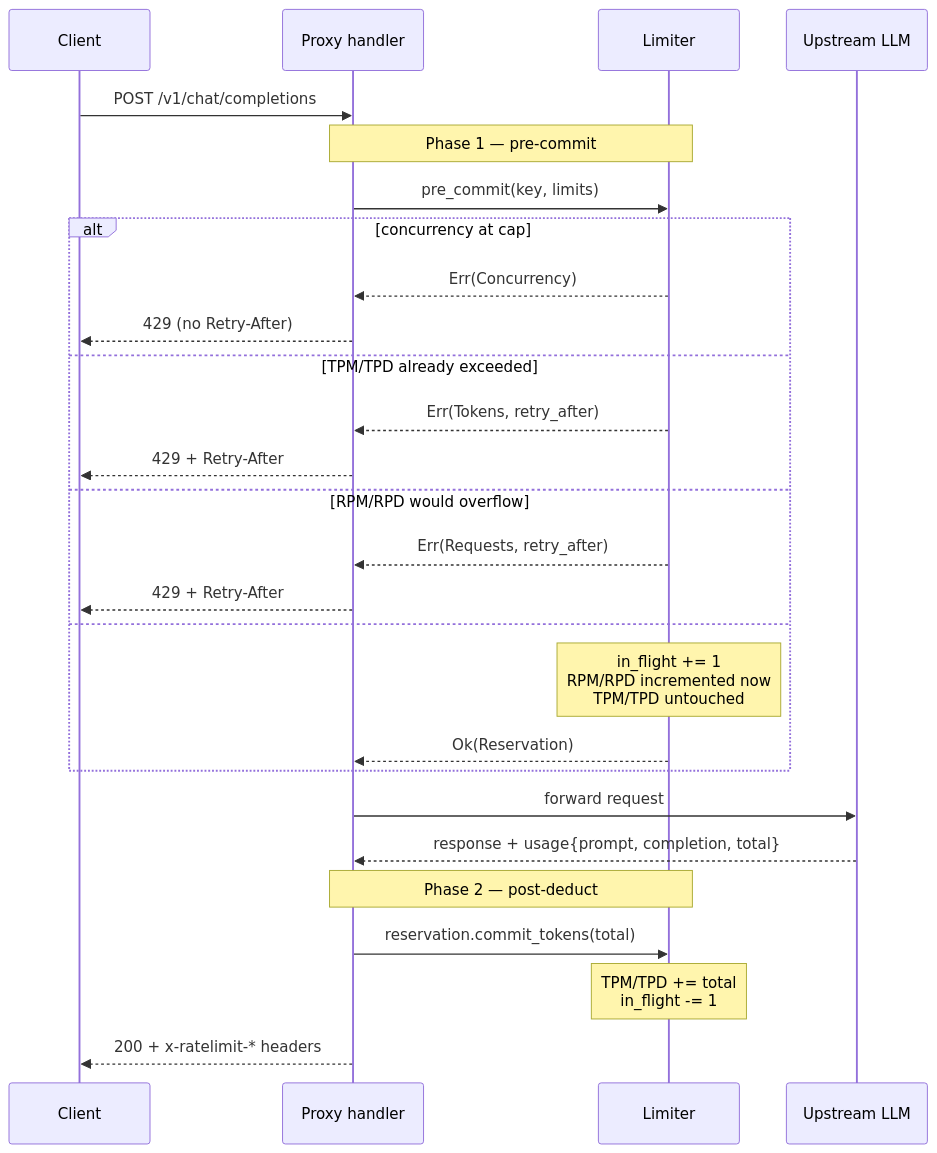
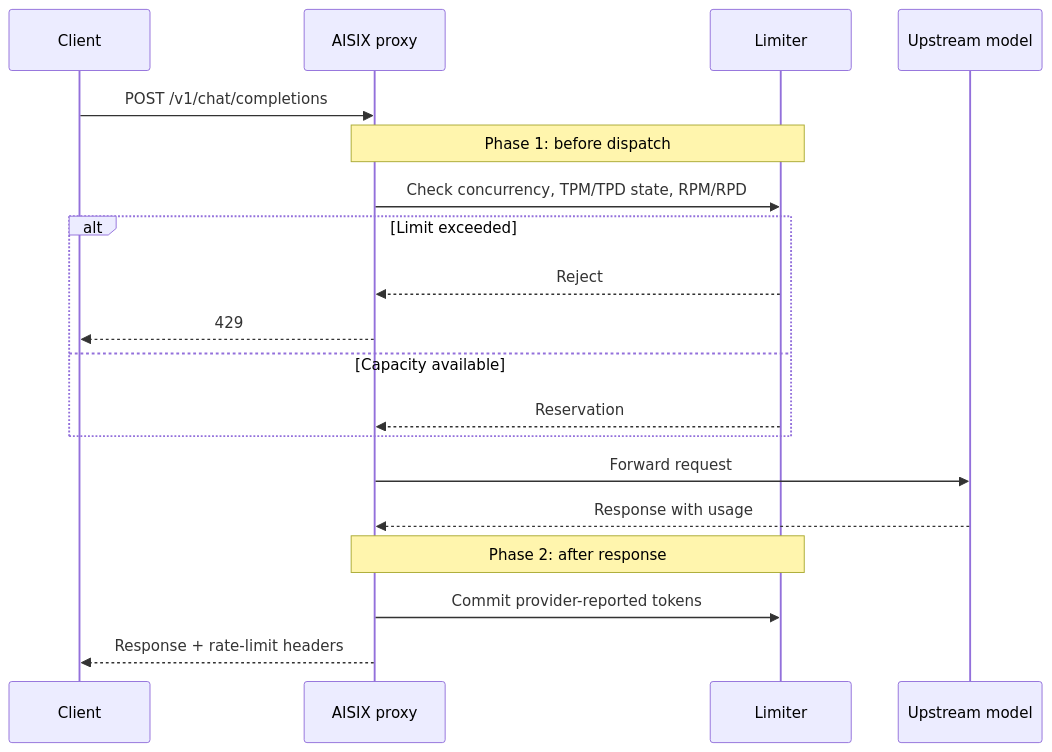
Before and after one commit to api7/aisix: the diagram in docs/architecture/two-phase-rate-limit.md, drawn with Mermaid. The commit also changed other lines of this file and 78 other files, not shown here.

````diff
--- a/docs/architecture/two-phase-rate-limit.md
+++ b/docs/architecture/two-phase-rate-limit.md
@@ -36,34 +36,25 @@
 ```mermaid
 sequenceDiagram
   participant client as Client
-  participant proxy as Proxy handler
-  participant lim as Limiter
-  participant upstream as Upstream LLM
+  participant proxy as AISIX proxy
+  participant limiter as Limiter
+  participant upstream as Upstream model
 
   client->>proxy: POST /v1/chat/completions
 
-  Note over proxy,lim: Phase 1 — pre-commit
-  proxy->>lim: pre_commit(key, limits)
-  alt concurrency at cap
-    lim-->>proxy: Err(Concurrency)
-    proxy-->>client: 429 (no Retry-After)
-  else TPM/TPD already exceeded
-    lim-->>proxy: Err(Tokens, retry_after)
-    proxy-->>client: 429 + Retry-After
-  else RPM/RPD would overflow
-    lim-->>proxy: Err(Requests, retry_after)
-    proxy-->>client: 429 + Retry-After
-  else
-    Note over lim: in_flight += 1<br/>RPM/RPD incremented now<br/>TPM/TPD untouched
-    lim-->>proxy: Ok(Reservation)
+  Note over proxy,limiter: Phase 1: before dispatch
+  proxy->>limiter: Check concurrency, TPM/TPD state, RPM/RPD
+  alt Limit exceeded
+    limiter-->>proxy: Reject
+    proxy-->>client: 429
+  else Capacity available
+    limiter-->>proxy: Reservation
   end
 
-  proxy->>upstream: forward request
-  upstream-->>proxy: response + usage{prompt, completion, total}
+  proxy->>upstream: Forward request
+  upstream-->>proxy: Response with usage
 
-  Note over proxy,lim: Phase 2 — post-deduct
-  proxy->>lim: reservation.commit_tokens(total)
-  Note over lim: TPM/TPD += total<br/>in_flight -= 1
-
-  proxy-->>client: 200 + x-ratelimit-* headers
+  Note over proxy,limiter: Phase 2: after response
+  proxy->>limiter: Commit provider-reported tokens
+  proxy-->>client: Response + rate-limit headers
 ```
````
